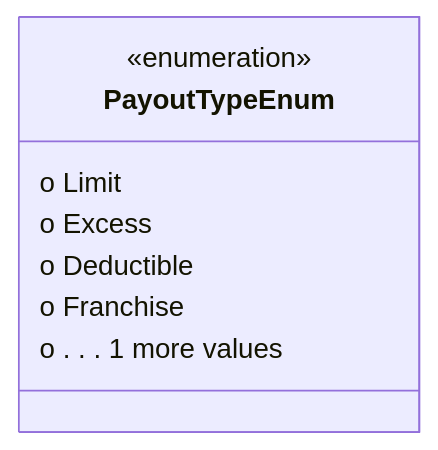
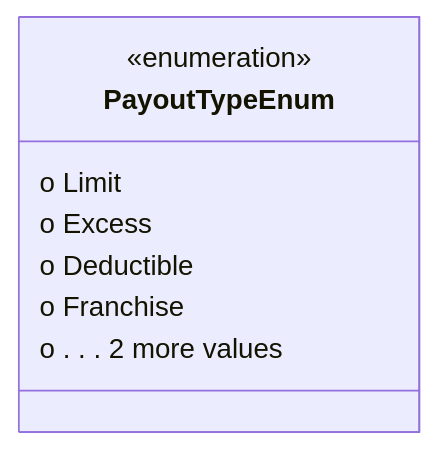
The diagram in datamodel-build/mermaid/PayoutTypeEnum.mmd (codexstanford/Insurance-Payout-Ontology), drawn with Mermaid before and after one commit. The commit also changed 68 other files, not shown here.

```diff
--- a/datamodel-build/mermaid/PayoutTypeEnum.mmd
+++ b/datamodel-build/mermaid/PayoutTypeEnum.mmd
@@ -1,9 +1,9 @@
 classDiagram
 class PayoutTypeEnum {
 <<enumeration>>
   o Limit
   o Excess
   o Deductible
   o Franchise
-  o . . . 1 more values
+  o . . . 2 more values
 }
```
